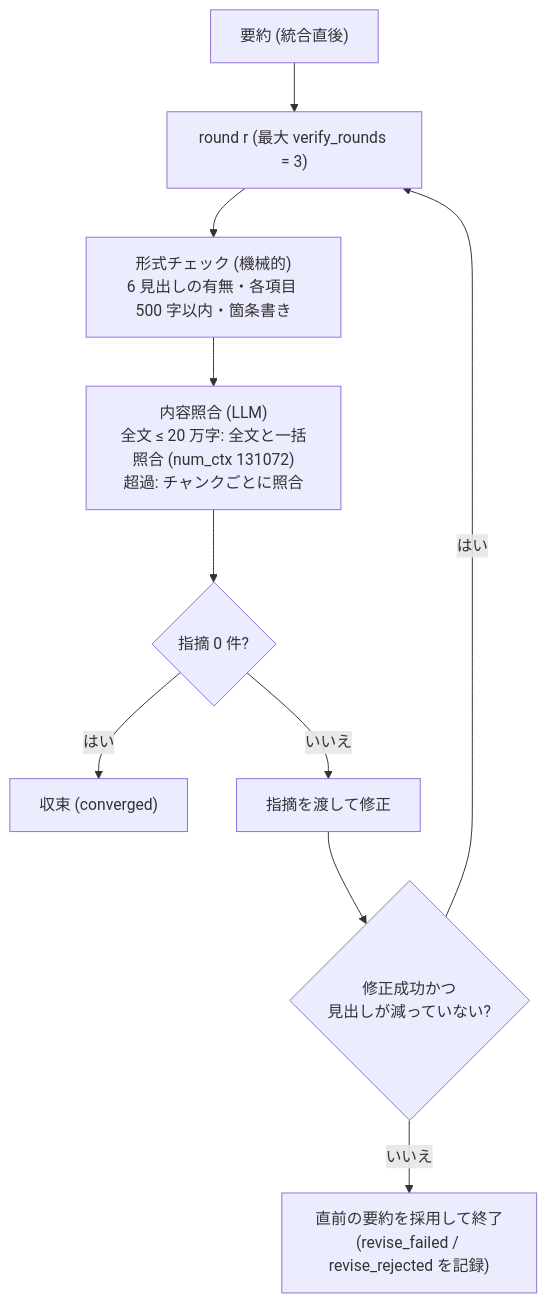
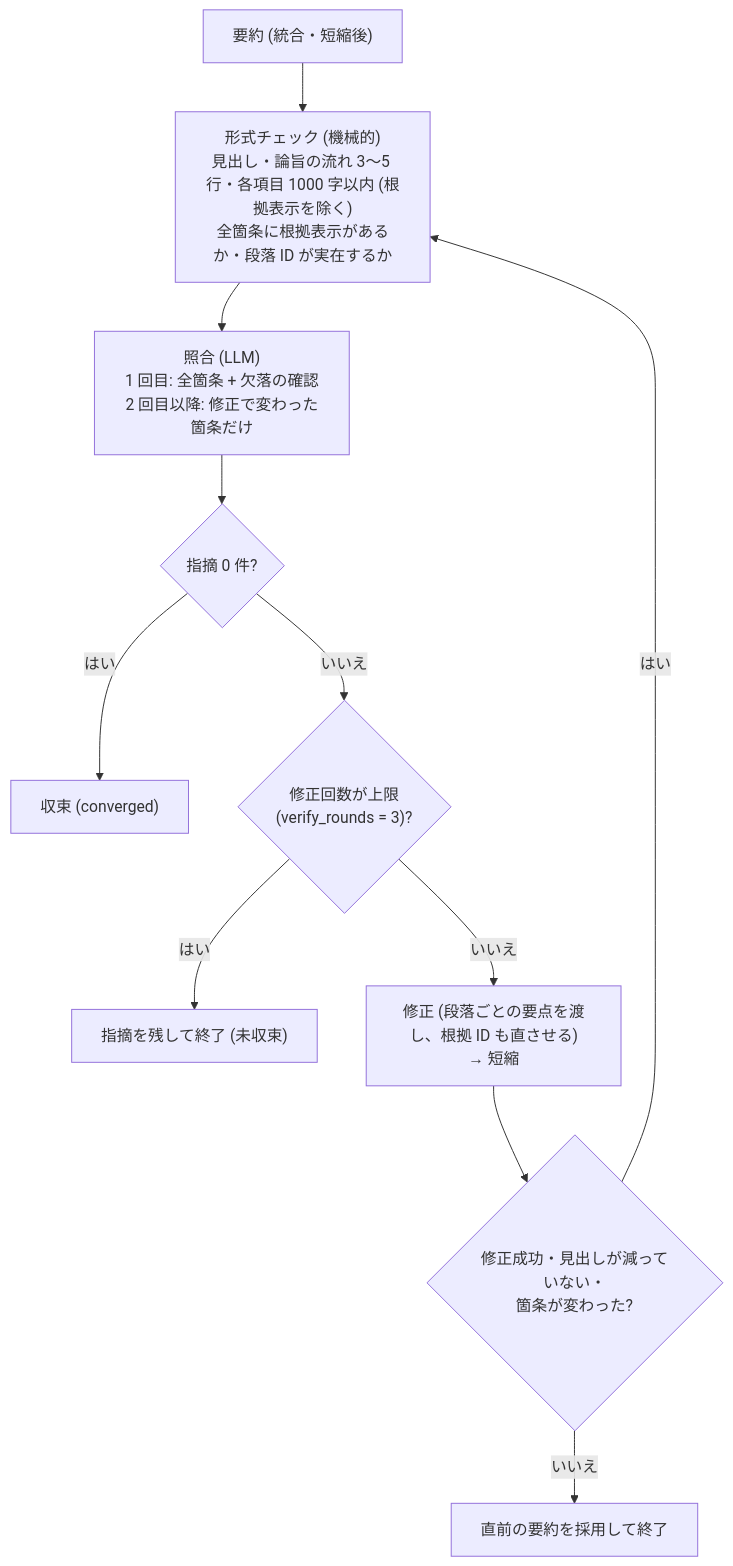
One commit to hideakiito5273/paper-summarizer changed the sixth of 7 diagrams in docs/ARCHITECTURE.md. Above: the diagram before and after it, drawn with Mermaid. The commit also changed other lines of this file and 1 other file, not shown here.

````diff
--- a/docs/ARCHITECTURE.md
+++ b/docs/ARCHITECTURE.md
@@ -233,12 +244,13 @@
 ```mermaid
 flowchart TD
-    D["要約 (統合直後)"] --> R["round r (最大 verify_rounds = 3)"]
-    R --> F["形式チェック (機械的)<br/>6 見出しの有無・各項目 500 字以内・箇条書き"]
-    F --> C["内容照合 (LLM)<br/>全文 ≤ 20 万字: 全文と一括照合 (num_ctx 131072)<br/>超過: チャンクごとに照合"]
+    D["要約 (統合・短縮後)"] --> F["形式チェック (機械的)<br/>見出し・論旨の流れ 3〜5 行・各項目 1000 字以内 (根拠表示を除く)<br/>全箇条に根拠表示があるか・段落 ID が実在するか"]
+    F --> C["照合 (LLM)<br/>1 回目: 全箇条 + 欠落の確認<br/>2 回目以降: 修正で変わった箇条だけ"]
     C --> I{"指摘 0 件?"}
     I -- はい --> OK["収束 (converged)"]
-    I -- いいえ --> V["指摘を渡して修正"]
-    V --> G{"修正成功かつ<br/>見出しが減っていない?"}
-    G -- はい --> R
-    G -- いいえ --> K["直前の要約を採用して終了<br/>(revise_failed / revise_rejected を記録)"]
+    I -- いいえ --> L{"修正回数が上限<br/>(verify_rounds = 3)?"}
+    L -- はい --> NG["指摘を残して終了 (未収束)"]
+    L -- いいえ --> V["修正 (段落ごとの要点を渡し、根拠 ID も直させる)<br/>→ 短縮"]
+    V --> G{"修正成功・見出しが減っていない・<br/>箇条が変わった?"}
+    G -- はい --> F
+    G -- いいえ --> K["直前の要約を採用して終了"]
 ```
````
